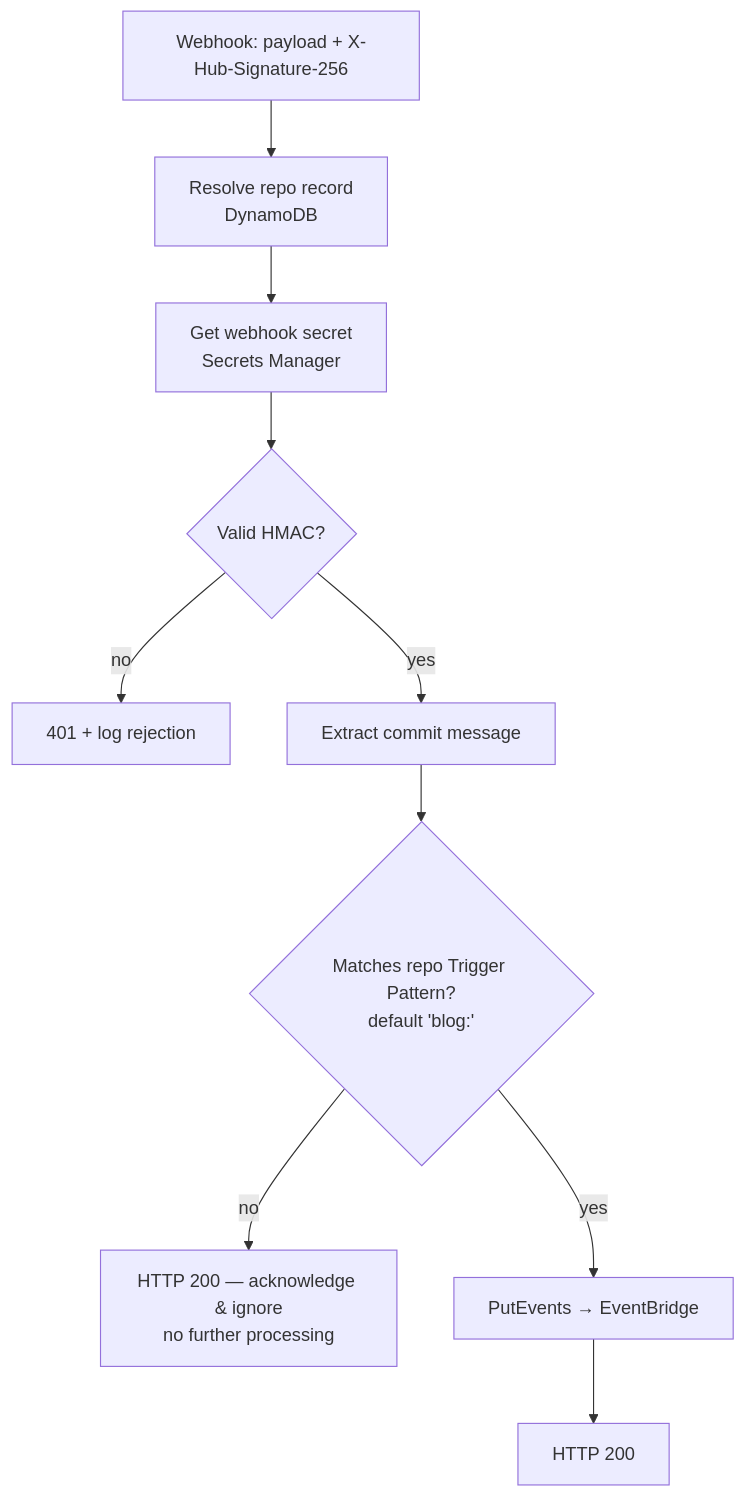
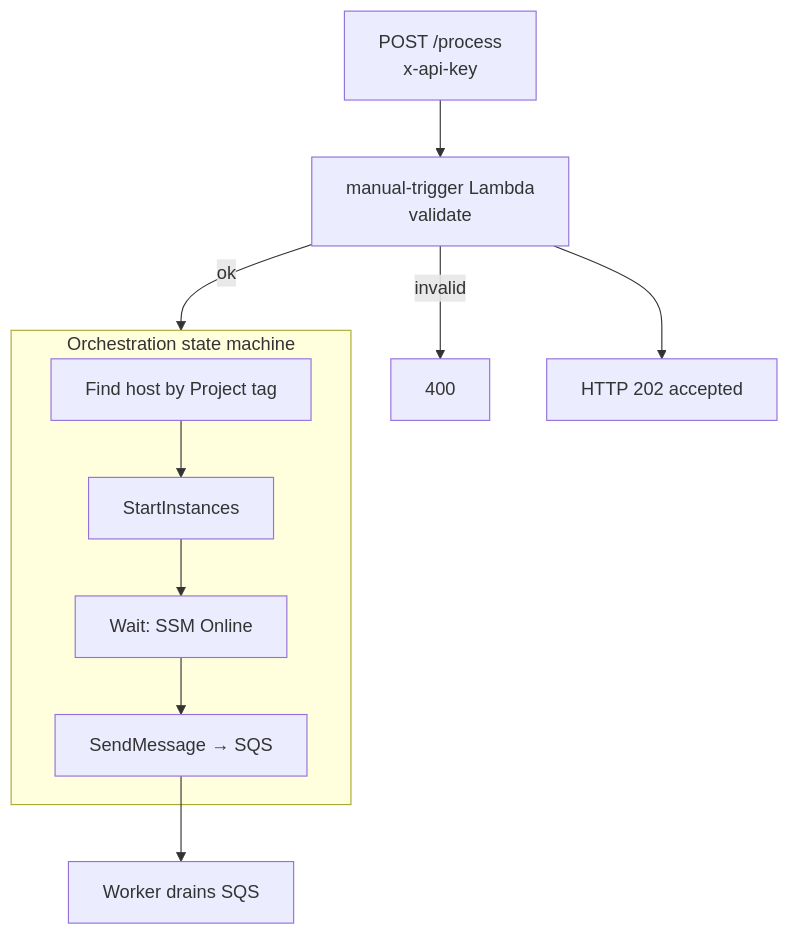
The first of 10 diagrams in docs/workflows.md (teddynted/ai-github-repository-blog-generator), drawn with Mermaid before and after one commit. The commit also changed other lines of this file, not shown here.

First line of the commit message:
docs(workflows): /process → Step Functions → worker + Provider Router (Stage D)

````diff
--- a/docs/workflows.md
+++ b/docs/workflows.md
@@ -15,12 +15,13 @@
 ```mermaid
 flowchart TB
-    W[Webhook: payload + X-Hub-Signature-256] --> LK[Resolve repo record<br/>DynamoDB]
-    LK --> GS[Get webhook secret<br/>Secrets Manager]
-    GS --> SIG{Valid HMAC?}
-    SIG -- no --> R401[401 + log rejection]
-    SIG -- yes --> EX[Extract commit message]
-    EX --> T{Matches repo Trigger Pattern?<br/>default 'blog:'}
-    T -- no --> ACK[HTTP 200 — acknowledge & ignore<br/>no further processing]
-    T -- yes --> PUT[PutEvents → EventBridge]
-    PUT --> OK[HTTP 200]
+    C[POST /process<br/>x-api-key] --> LT[manual-trigger Lambda<br/>validate]
+    LT -- invalid --> R400[400]
+    LT -- ok --> SFN[StartExecution]
+    LT --> R202[HTTP 202 accepted]
+    subgraph SFN["Orchestration state machine"]
+        FIND[Find host by Project tag] --> START[StartInstances]
+        START --> WAIT[Wait: SSM Online]
+        WAIT --> ENQ[SendMessage → SQS]
+    end
+    ENQ --> WK[Worker drains SQS]
 ```
````
